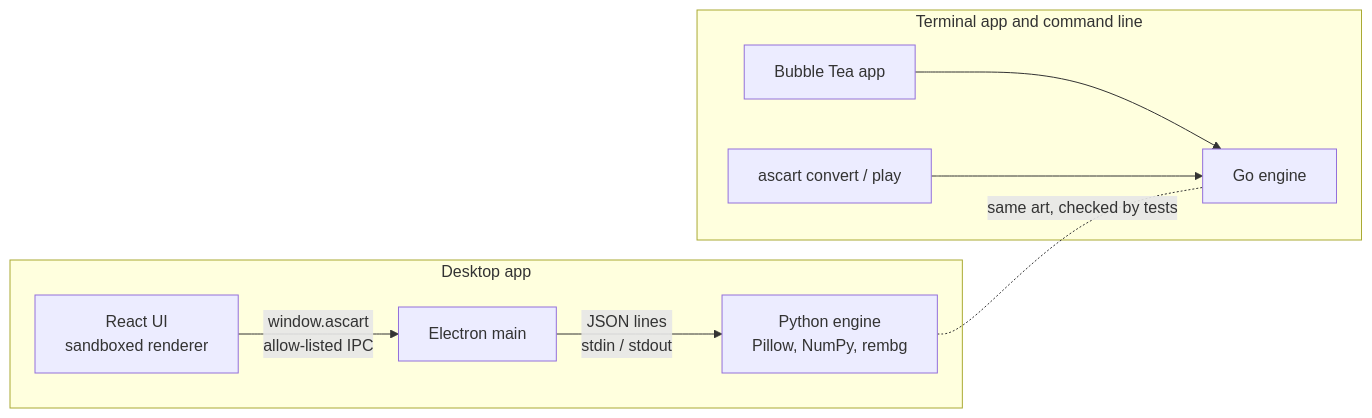
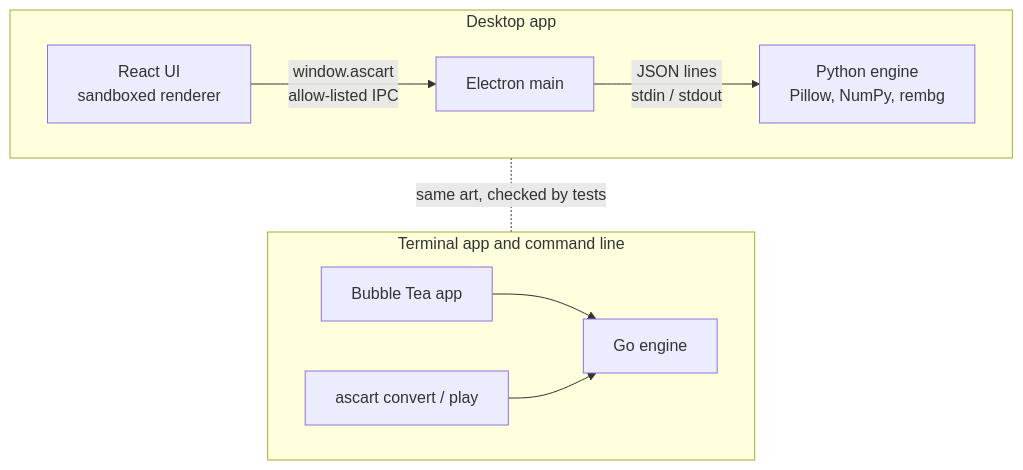
One commit to Oblutack/AscArt changed the diagram in README.md. Above: the diagram before and after it, drawn with Mermaid.

Commit message:
Lay the architecture diagram out top to bottom
Side by side it ran off to the right. Linking the two groups to each other
rather than their inner boxes keeps each group's own left-to-right flow.

````diff
--- a/README.md
+++ b/README.md
@@ -188,12 +188,14 @@
 ```mermaid
-flowchart LR
-  subgraph desktop [Desktop app]
+flowchart TB
+  subgraph desktop ["Desktop app"]
+    direction LR
     R["React UI<br/>sandboxed renderer"] -->|"window.ascart<br/>allow-listed IPC"| M["Electron main"]
     M -->|"JSON lines<br/>stdin / stdout"| P["Python engine<br/>Pillow, NumPy, rembg"]
   end
-  subgraph terminal [Terminal app and command line]
+  subgraph terminal ["Terminal app and command line"]
+    direction LR
     T["Bubble Tea app"] --> G["Go engine"]
     C["ascart convert / play"] --> G
   end
-  P -. "same art, checked by tests" .- G
+  desktop -. "same art, checked by tests" .- terminal
 ```
````
